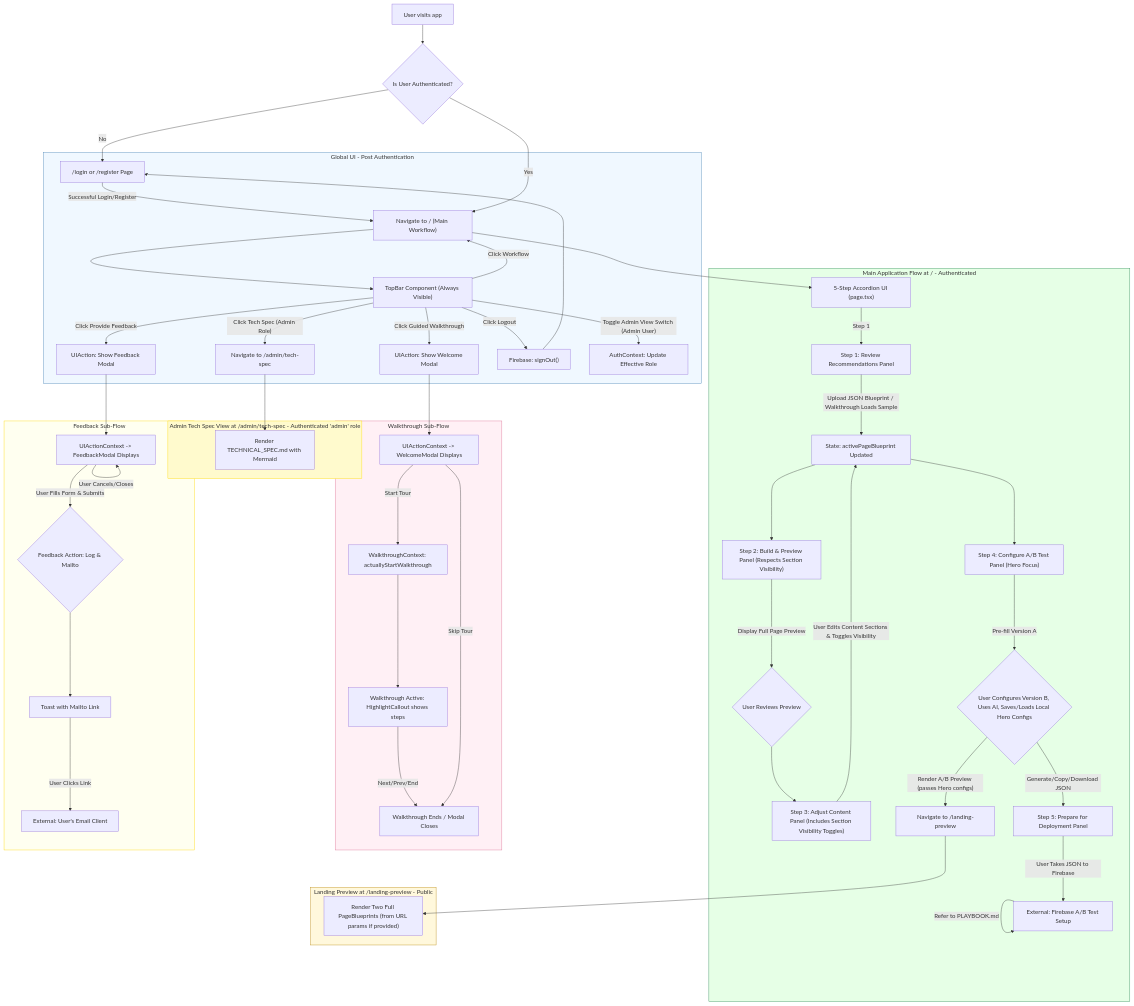
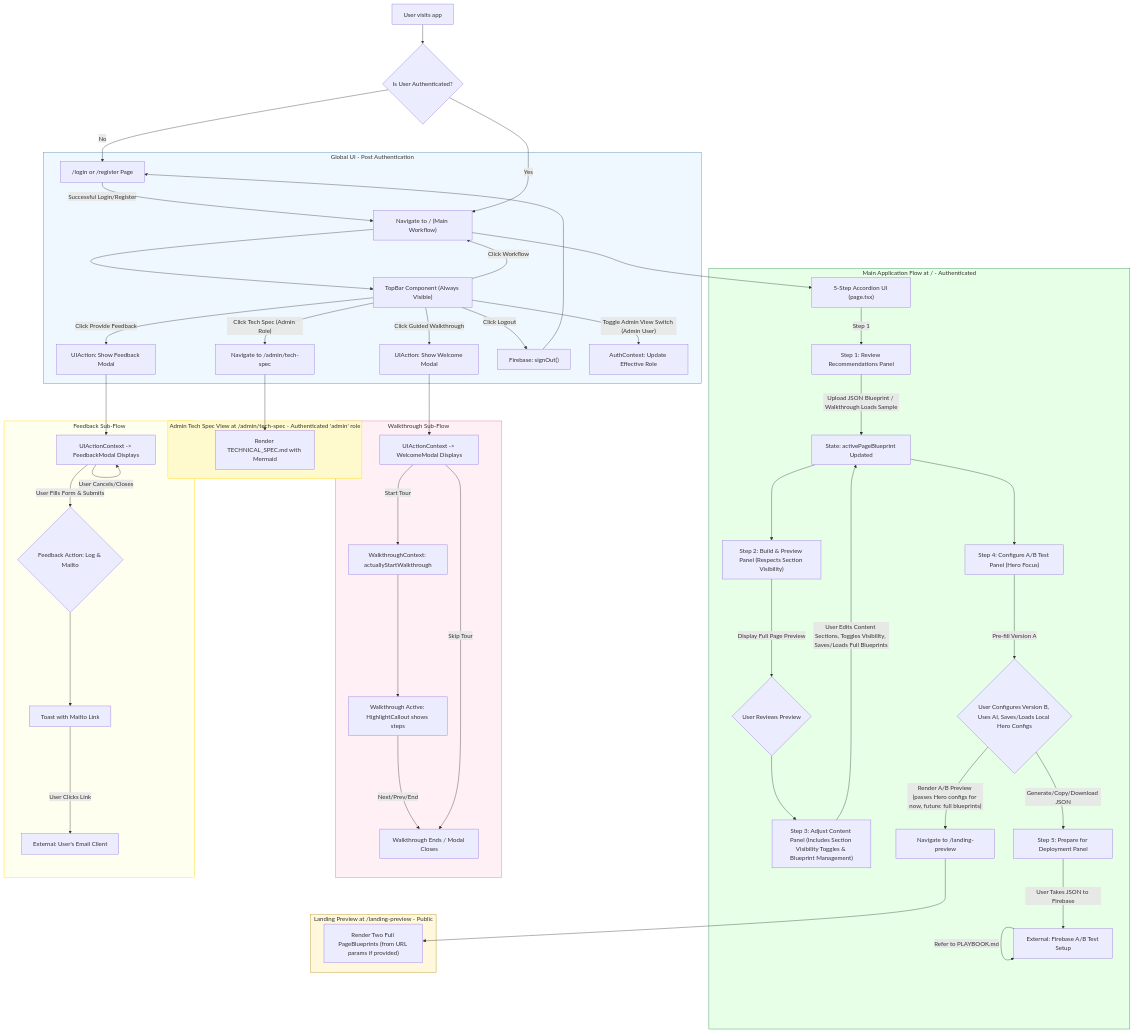
One commit to jason-davey/studio changed the second of 2 diagrams in TECHNICAL_SPEC.md. Above: the diagram before and after it, drawn with Mermaid. The commit also changed other lines of this file and 2 other files, not shown here.

Commit message:
great - now lets do Phase 1.B: Saving and Loading Full PageBlueprint Configurations

````diff
--- a/TECHNICAL_SPEC.md
+++ b/TECHNICAL_SPEC.md
@@ -432,70 +434,70 @@
 ```mermaid
 graph TD
     UserStart["User visits app"] --> CheckAuth{"Is User Authenticated?"}
     CheckAuth -- No --> LoginPage["/login or /register Page"]
     LoginPage -- Successful Login/Register --> MainAppNav["Navigate to / (Main Workflow)"]
     CheckAuth -- Yes --> MainAppNav
 
     subgraph GlobalUI [Global UI - Post Authentication]
         MainAppNav --> TopBarComp["TopBar Component (Always Visible)"]
         TopBarComp -- Click Workflow --> MainAppNav
-        TopBarComp -- Click Tech Spec (Admin Role) --> AdminSpecNav["Navigate to /admin/tech-spec"]
+        TopBarComp -- "Click Tech Spec (Admin Role)" --> AdminSpecNav["Navigate to /admin/tech-spec"]
         TopBarComp -- Click Guided Walkthrough --> UIAction_ShowWelcomeModal["UIAction: Show Welcome Modal"]
         TopBarComp -- Click Provide Feedback --> UIAction_ShowFeedbackModal["UIAction: Show Feedback Modal"]
         TopBarComp -- Click Logout --> LogoutAction["Firebase: signOut()"]
-        TopBarComp -- Toggle Admin View Switch (Admin User) --> AuthContextRoleViewChange["AuthContext: Update Effective Role"]
+        TopBarComp -- "Toggle Admin View Switch (Admin User)" --> AuthContextRoleViewChange["AuthContext: Update Effective Role"]
         LogoutAction --> LoginPage
     end
 
     subgraph MainApp [Main Application Flow at / - Authenticated]
         MainAppNav --> AccordionInterface["5-Step Accordion UI (page.tsx)"]
         
         AccordionInterface -- Step 1 --> Step1Panel["Step 1: Review Recommendations Panel"]
-        Step1Panel -- Upload JSON Blueprint / Walkthrough Loads Sample --> BlueprintState["State: activePageBlueprint Updated"]
+        Step1Panel -- "Upload JSON Blueprint / Walkthrough Loads Sample" --> BlueprintState["State: activePageBlueprint Updated"]
         
         BlueprintState --> Step2Panel["Step 2: Build & Preview Panel (Respects Section Visibility)"]
-        Step2Panel -- Display Full Page Preview --> UserReviewsPreview{"User Reviews Preview"}
+        Step2Panel -- "Display Full Page Preview" --> UserReviewsPreview{"User Reviews Preview"}
         
-        UserReviewsPreview --> Step3Panel["Step 3: Adjust Content Panel (Includes Section Visibility Toggles)"]
-        Step3Panel -- User Edits Content Sections & Toggles Visibility --> BlueprintState
+        UserReviewsPreview --> Step3Panel["Step 3: Adjust Content Panel (Includes Section Visibility Toggles & Blueprint Management)"]
+        Step3Panel -- "User Edits Content Sections, Toggles Visibility, Saves/Loads Full Blueprints" --> BlueprintState
         
         BlueprintState --> Step4Panel["Step 4: Configure A/B Test Panel (Hero Focus)"]
-        Step4Panel -- Pre-fill Version A --> UserConfiguresAB{"User Configures Version B, Uses AI, Saves/Loads Local Hero Configs"}
-        UserConfiguresAB -- Render A/B Preview (passes Hero configs) --> PreviewPageNav["Navigate to /landing-preview"]
-        UserConfiguresAB -- Generate/Copy/Download JSON --> Step5Panel["Step 5: Prepare for Deployment Panel"]
+        Step4Panel -- "Pre-fill Version A" --> UserConfiguresAB{"User Configures Version B, Uses AI, Saves/Loads Local Hero Configs"}
+        UserConfiguresAB -- "Render A/B Preview (passes Hero configs for now, future: full blueprints)" --> PreviewPageNav["Navigate to /landing-preview"]
+        UserConfiguresAB -- "Generate/Copy/Download JSON" --> Step5Panel["Step 5: Prepare for Deployment Panel"]
         
-        Step5Panel -- User Takes JSON to Firebase --> FirebaseConsoleSetup["External: Firebase A/B Test Setup"]
-        FirebaseConsoleSetup -- Refer to PLAYBOOK.md --> FirebaseConsoleSetup
+        Step5Panel -- "User Takes JSON to Firebase" --> FirebaseConsoleSetup["External: Firebase A/B Test Setup"]
+        FirebaseConsoleSetup -- "Refer to PLAYBOOK.md" --> FirebaseConsoleSetup
     end
 
     subgraph PreviewPage [Landing Preview at /landing-preview - Public]
         PreviewPageNav --> RenderFullPageAB["Render Two Full PageBlueprints (from URL params if provided)"]
     end
     
     subgraph AdminSpecView [Admin Tech Spec View at /admin/tech-spec - Authenticated 'admin' role]
         AdminSpecNav --> RenderTechSpec["Render TECHNICAL_SPEC.md with Mermaid"]
     end
 
     subgraph WalkthroughFlow [Walkthrough Sub-Flow]
         UIAction_ShowWelcomeModal --> WelcomeModalDisplay["UIActionContext -> WelcomeModal Displays"]
         WelcomeModalDisplay -- Start Tour --> WalkthroughStart["WalkthroughContext: actuallyStartWalkthrough"]
         WalkthroughStart --> WalkthroughActive["Walkthrough Active: HighlightCallout shows steps"]
         WalkthroughActive -- Next/Prev/End --> WalkthroughEnd["Walkthrough Ends / Modal Closes"]
         WelcomeModalDisplay -- Skip Tour --> WalkthroughEnd
     end
 
     subgraph FeedbackFlow [Feedback Sub-Flow]
         UIAction_ShowFeedbackModal --> FeedbackModalDisplay["UIActionContext -> FeedbackModal Displays"]
         FeedbackModalDisplay -- User Fills Form & Submits --> FeedbackAction{"Feedback Action: Log & Mailto"}
         FeedbackAction --> FeedbackToast["Toast with Mailto Link"]
         FeedbackToast -- User Clicks Link --> UserEmailClient_External["External: User's Email Client"]
         FeedbackModalDisplay -- User Cancels/Closes --> FeedbackModalDisplay
     end
 
     style GlobalUI fill:#f0f8ff,stroke:#4682b4
     style MainApp fill:#e6ffe6,stroke:#2e8b57
     style PreviewPage fill:#fff8dc,stroke:#b8860b
     style AdminSpecView fill:#fffacd,stroke:#ffd700
     style WalkthroughFlow fill:#fff0f5,stroke:#db7093
     style FeedbackFlow fill:#fffff0,stroke:#ffd700
 ```
````
